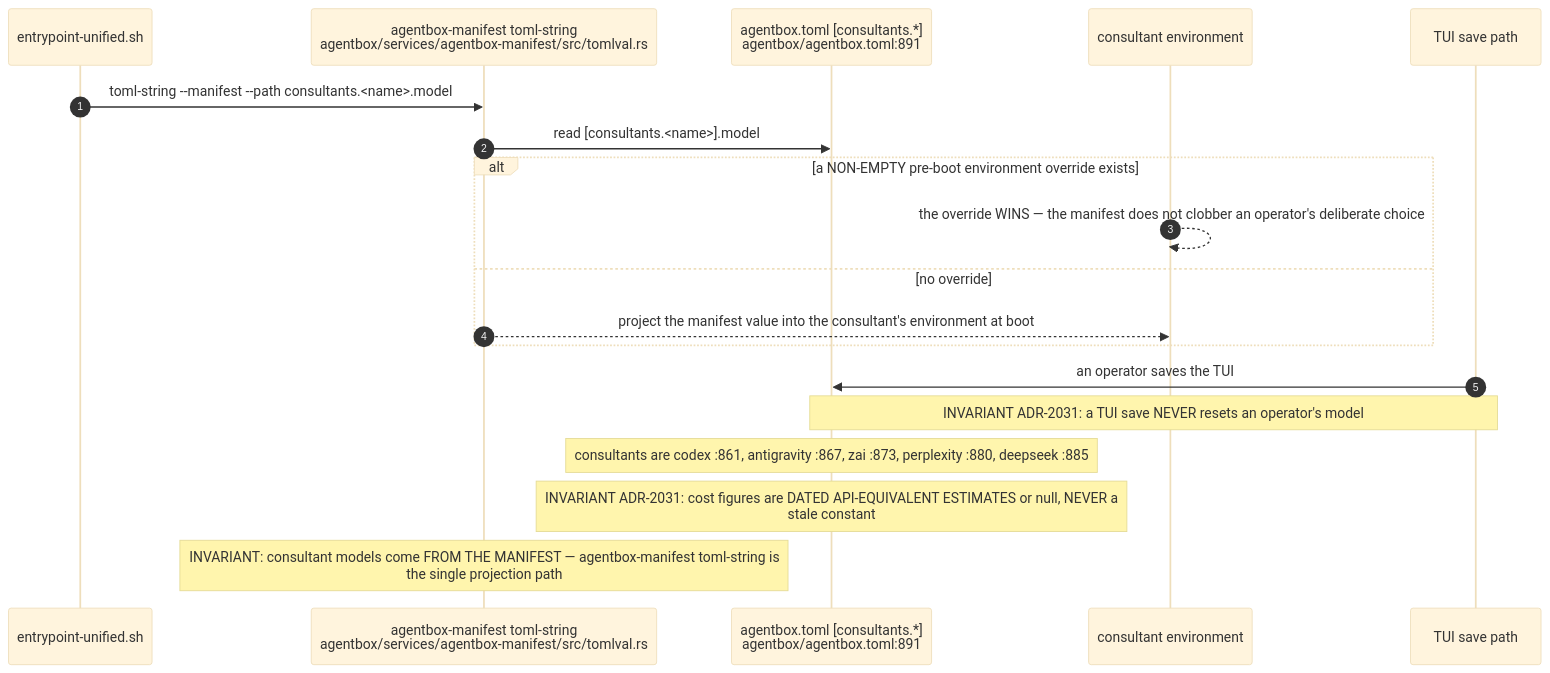
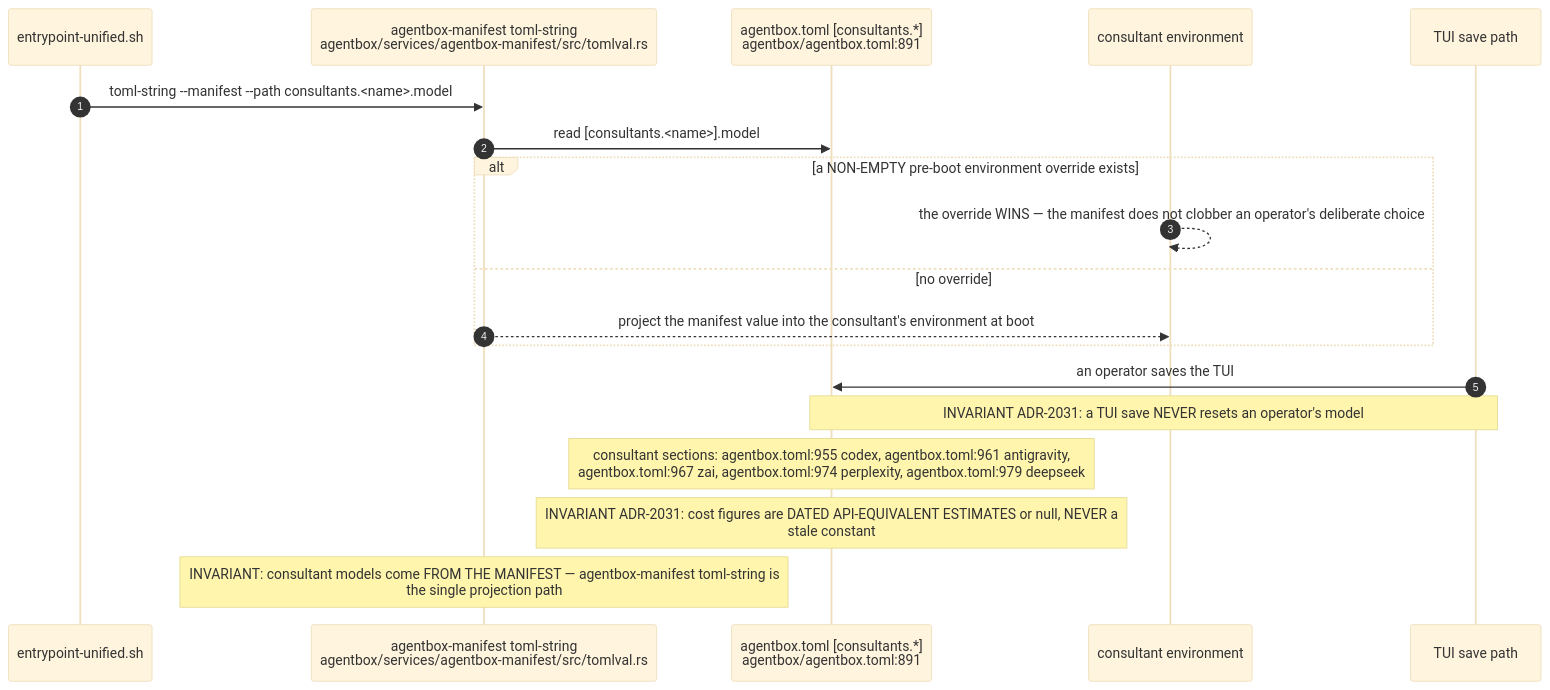
Before and after one commit to DreamLab-AI/VisionFlow: the third of 10 diagrams in docs/diagrams/agentbox/28-agentbox-services-and-manifest-binary.md, drawn with Mermaid (base theme). The commit also changed 52 other files, not shown here.

First line of the commit message:
docs(diagrams): wave 3 checkpoint — bare line refs resolved, revision-pinned cite-check, VC-05/AB-01..13 re-attested

````diff
--- a/docs/diagrams/agentbox/28-agentbox-services-and-manifest-binary.md
+++ b/docs/diagrams/agentbox/28-agentbox-services-and-manifest-binary.md
@@ -164,22 +164,22 @@
 ```mermaid
 sequenceDiagram
     autonumber
     participant EP as entrypoint-unified.sh
     participant BIN as agentbox-manifest toml-string<br/>agentbox/services/agentbox-manifest/src/tomlval.rs
     participant TOML as agentbox.toml [consultants.*]<br/>agentbox/agentbox.toml:891
     participant ENV as consultant environment
     participant TUI as TUI save path
 
     EP->>BIN: toml-string --manifest --path consultants.<name>.model
     BIN->>TOML: read [consultants.<name>].model
     alt a NON-EMPTY pre-boot environment override exists
         ENV-->>ENV: the override WINS — the manifest does not clobber an operator's deliberate choice
     else no override
         BIN-->>ENV: project the manifest value into the consultant's environment at boot
     end
     TUI->>TOML: an operator saves the TUI
     Note over TUI,TOML: INVARIANT ADR-2031: a TUI save NEVER resets an operator's model
-    Note over TOML: consultants are codex :861, antigravity :867, zai :873, perplexity :880, deepseek :885
+    Note over TOML: consultant sections: agentbox.toml:955 codex, agentbox.toml:961 antigravity,<br/>agentbox.toml:967 zai, agentbox.toml:974 perplexity, agentbox.toml:979 deepseek
     Note over TOML: INVARIANT ADR-2031: cost figures are DATED API-EQUIVALENT ESTIMATES or null, NEVER a<br/>stale constant
     Note over BIN: INVARIANT: consultant models come FROM THE MANIFEST — agentbox-manifest toml-string is<br/>the single projection path
 ```
````
